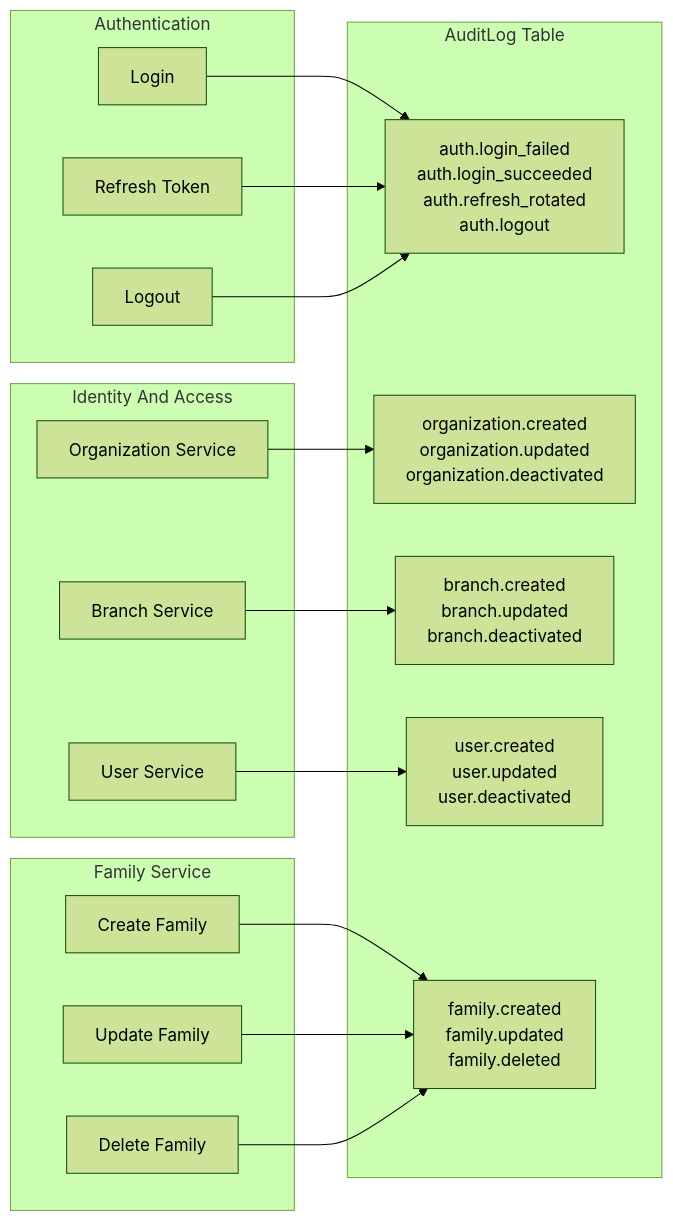
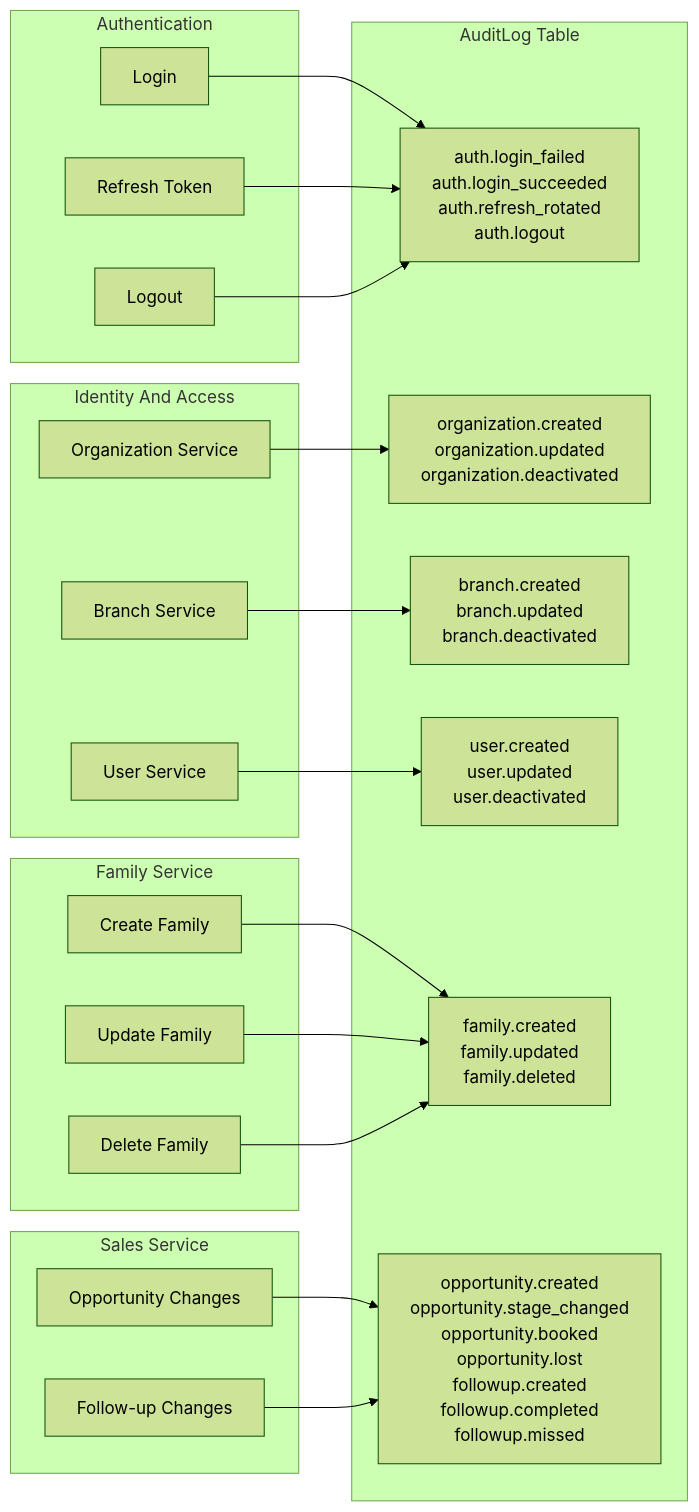
The diagram in docs/Domain_Event_Map.md (sumeet2605/alrscrm), drawn with Mermaid (forest theme) before and after one commit. The commit also changed other lines of this file and 42 other files, not shown here.

````diff
--- a/docs/Domain_Event_Map.md
+++ b/docs/Domain_Event_Map.md
@@ -9,38 +9,46 @@
 ```mermaid
 flowchart LR
     subgraph Auth[Authentication]
       Login[Login]
       Refresh[Refresh Token]
       Logout[Logout]
     end
 
     subgraph Identity[Identity And Access]
       Org[Organization Service]
       Branch[Branch Service]
       User[User Service]
     end
 
     subgraph Family[Family Service]
       CreateFamily[Create Family]
       UpdateFamily[Update Family]
       DeleteFamily[Delete Family]
     end
 
+    subgraph Sales[Sales Service]
+      Opportunity[Opportunity Changes]
+      FollowUp[Follow-up Changes]
+    end
+
     subgraph Audit[AuditLog Table]
       AuthEvents[auth.login_failed\nauth.login_succeeded\nauth.refresh_rotated\nauth.logout]
       OrgEvents[organization.created\norganization.updated\norganization.deactivated]
       BranchEvents[branch.created\nbranch.updated\nbranch.deactivated]
       UserEvents[user.created\nuser.updated\nuser.deactivated]
       FamilyEvents[family.created\nfamily.updated\nfamily.deleted]
+      SalesEvents[opportunity.created\nopportunity.stage_changed\nopportunity.booked\nopportunity.lost\nfollowup.created\nfollowup.completed\nfollowup.missed]
     end
 
     Login --> AuthEvents
     Refresh --> AuthEvents
     Logout --> AuthEvents
     Org --> OrgEvents
     Branch --> BranchEvents
     User --> UserEvents
     CreateFamily --> FamilyEvents
     UpdateFamily --> FamilyEvents
     DeleteFamily --> FamilyEvents
+    Opportunity --> SalesEvents
+    FollowUp --> SalesEvents
 ```
````
